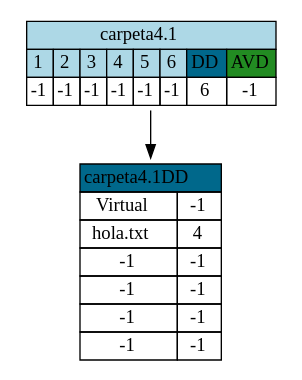
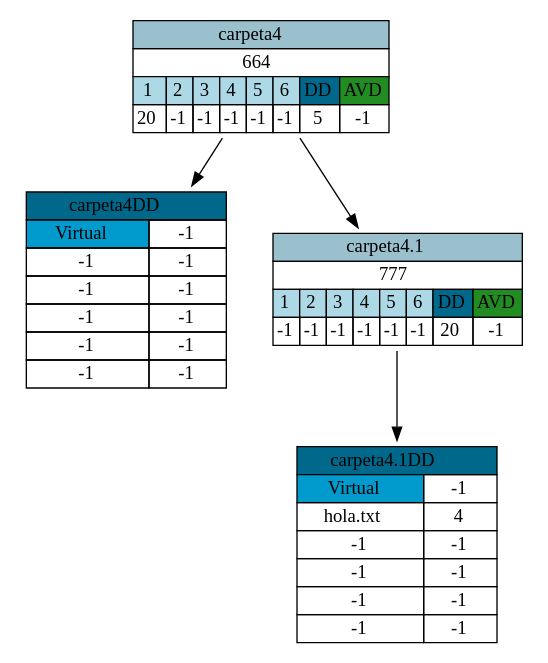
The diagram in Reportes/graficaTreeDirectorio.dot (xJosee/SistemaArchivos), drawn with Graphviz before and after one commit. The commit also changed 8 other files, not shown here.

```diff
--- a/Reportes/graficaTreeDirectorio.dot
+++ b/Reportes/graficaTreeDirectorio.dot
@@ -1,61 +1,126 @@
 digraph G{ 
 node [shape=plaintext]
-tbl6[label=<
+tbl5[label=<
 <table border='0' cellborder='1' cellspacing='0'>
 <tr>
-<td colspan='8' bgcolor= 'lightblue' >carpeta4.1</td>
+<td colspan='8' bgcolor= 'lightblue3' >carpeta4</td>
+</tr>
+<tr>
+<td colspan='8' >664</td>
+</tr>
+<tr>
+<td bgcolor='lightblue' width='20' >1</td>
+<td bgcolor='lightblue' width='20' >2</td>
+<td bgcolor='lightblue' width='20' >3</td>
+<td bgcolor='lightblue' width='20' >4</td>
+<td bgcolor='lightblue' width='20' >5</td>
+<td bgcolor='lightblue' width='20' >6</td>
+<td bgcolor='deepskyblue4' width='30' >DD</td>
+<td bgcolor='forestgreen' width='20' >AVD</td>
+</tr>
+<tr>
+<td width='20'>20</td>
+<td width='20'>-1</td>
+<td width='20'>-1</td>
+<td width='20'>-1</td>
+<td width='20'>-1</td>
+<td width='20'>-1</td>
+<td width='20'>5</td>
+<td width='20'>-1</td>
+</tr>
+</table>
+>];
+tbl5->tbl5DD
+tbl5DD[label=<
+<table border='0' cellborder='1' cellspacing='0'>
+<tr><td bgcolor='deepskyblue4' width='150' colspan='2'>carpeta4DD</td>
+</tr>
+<tr>
+<td bgcolor='deepskyblue3'>Virtual</td>
+<td>-1</td>
+</tr>
+<tr>
+<td>-1</td>
+<td>-1</td>
+</tr>
+<tr>
+<td>-1</td>
+<td>-1</td>
+</tr>
+<tr>
+<td>-1</td>
+<td>-1</td>
+</tr>
+<tr>
+<td>-1</td>
+<td>-1</td>
+</tr>
+<tr>
+<td>-1</td>
+<td>-1</td>
+</tr>
+</table>
+>];
+tbl5->tbl20
+tbl20[label=<
+<table border='0' cellborder='1' cellspacing='0'>
+<tr>
+<td colspan='8' bgcolor= 'lightblue3' >carpeta4.1</td>
+</tr>
+<tr>
+<td colspan='8' >777</td>
 </tr>
 <tr>
 <td bgcolor='lightblue' width='20' >1</td>
 <td bgcolor='lightblue' width='20' >2</td>
 <td bgcolor='lightblue' width='20' >3</td>
 <td bgcolor='lightblue' width='20' >4</td>
 <td bgcolor='lightblue' width='20' >5</td>
 <td bgcolor='lightblue' width='20' >6</td>
 <td bgcolor='deepskyblue4' width='30' >DD</td>
 <td bgcolor='forestgreen' width='20' >AVD</td>
 </tr>
 <tr>
 <td width='20'>-1</td>
 <td width='20'>-1</td>
 <td width='20'>-1</td>
 <td width='20'>-1</td>
 <td width='20'>-1</td>
 <td width='20'>-1</td>
-<td width='20'>6</td>
+<td width='20'>20</td>
 <td width='20'>-1</td>
 </tr>
 </table>
 >];
-tbl6->tbl6DD
-tbl6DD[label=<
+tbl20->tbl20DD
+tbl20DD[label=<
 <table border='0' cellborder='1' cellspacing='0'>
-<tr><td bgcolor='deepskyblue4' width='100' colspan='2'>carpeta4.1DD</td>
+<tr><td bgcolor='deepskyblue4' width='150' colspan='2'>carpeta4.1DD</td>
 </tr>
 <tr>
-<td>Virtual</td>
+<td bgcolor='deepskyblue3'>Virtual</td>
 <td>-1</td>
 </tr>
 <tr>
 <td>hola.txt</td>
 <td>4</td>
 </tr>
 <tr>
 <td>-1</td>
 <td>-1</td>
 </tr>
 <tr>
 <td>-1</td>
 <td>-1</td>
 </tr>
 <tr>
 <td>-1</td>
 <td>-1</td>
 </tr>
 <tr>
 <td>-1</td>
 <td>-1</td>
 </tr>
 </table>
 >];
 }
```
